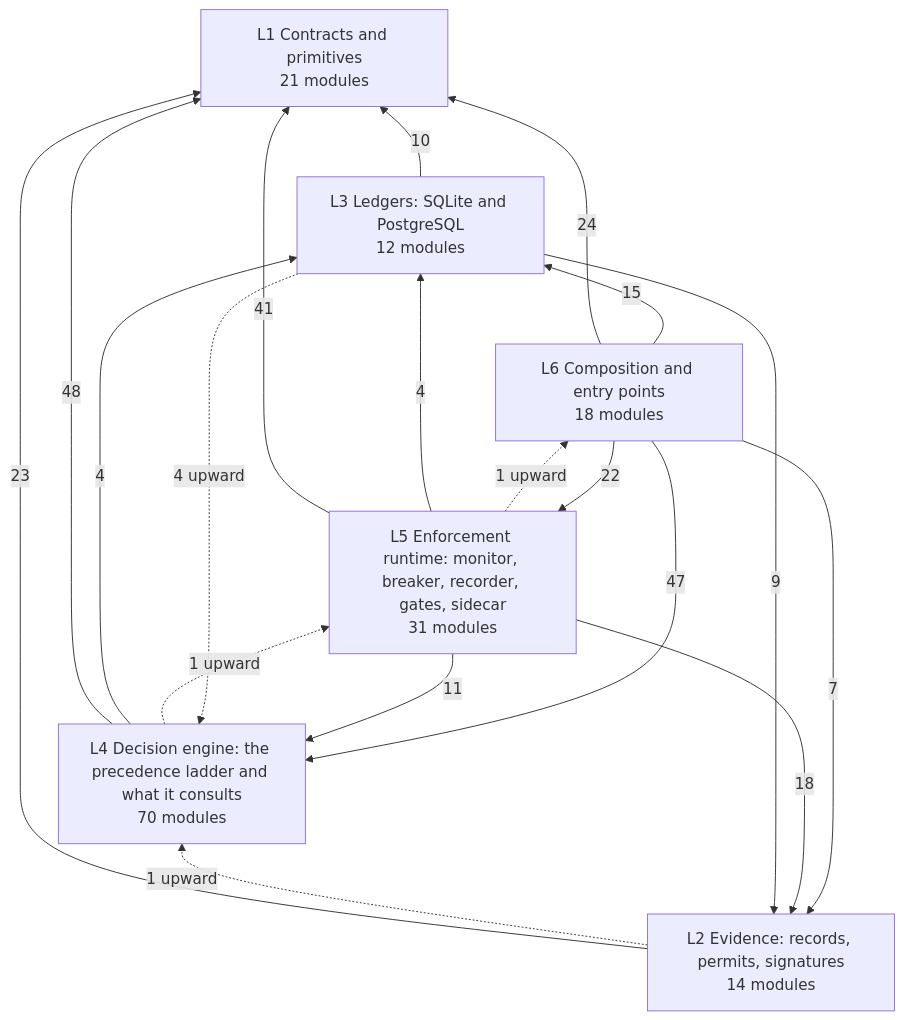
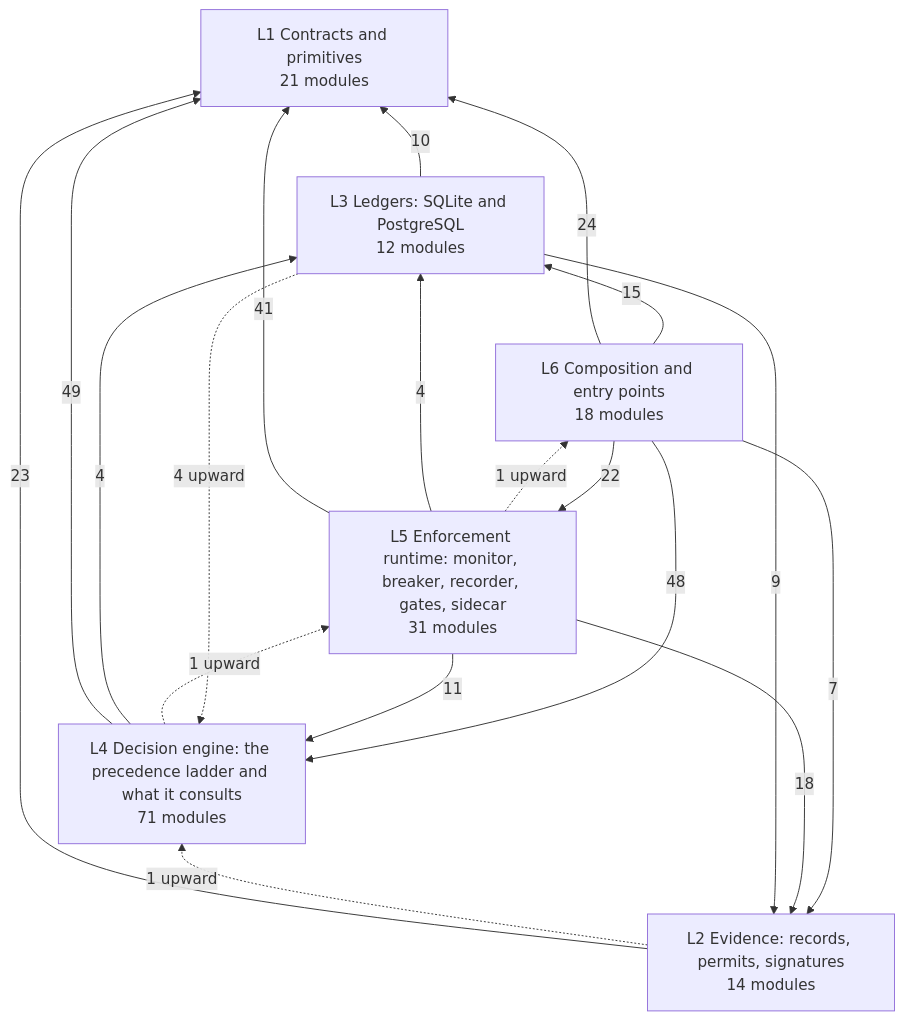
Before and after one commit to LOLA0786/privatevault-agent-dna: the diagram in docs/architecture/DEPENDENCIES.md, drawn with Mermaid. The commit also changed other lines of this file and 25 other files, not shown here.

````diff
--- a/docs/architecture/DEPENDENCIES.md
+++ b/docs/architecture/DEPENDENCIES.md
@@ -12,27 +12,27 @@
 ```mermaid
 flowchart BT
   L1["L1 Contracts and primitives<br/>21 modules"]
   L2["L2 Evidence: records, permits, signatures<br/>14 modules"]
   L3["L3 Ledgers: SQLite and PostgreSQL<br/>12 modules"]
-  L4["L4 Decision engine: the precedence ladder and what it consults<br/>70 modules"]
+  L4["L4 Decision engine: the precedence ladder and what it consults<br/>71 modules"]
   L5["L5 Enforcement runtime: monitor, breaker, recorder, gates, sidecar<br/>31 modules"]
   L6["L6 Composition and entry points<br/>18 modules"]
   L2 -->|23| L1
   L3 -->|10| L1
   L3 -->|9| L2
-  L4 -->|48| L1
+  L4 -->|49| L1
   L4 -->|4| L3
   L5 -->|41| L1
   L5 -->|18| L2
   L5 -->|4| L3
   L5 -->|11| L4
   L6 -->|24| L1
   L6 -->|7| L2
   L6 -->|15| L3
-  L6 -->|47| L4
+  L6 -->|48| L4
   L6 -->|22| L5
   L2 -.->|1 upward| L4
   L3 -.->|4 upward| L4
   L4 -.->|1 upward| L5
   L5 -.->|1 upward| L6
 ```
````
